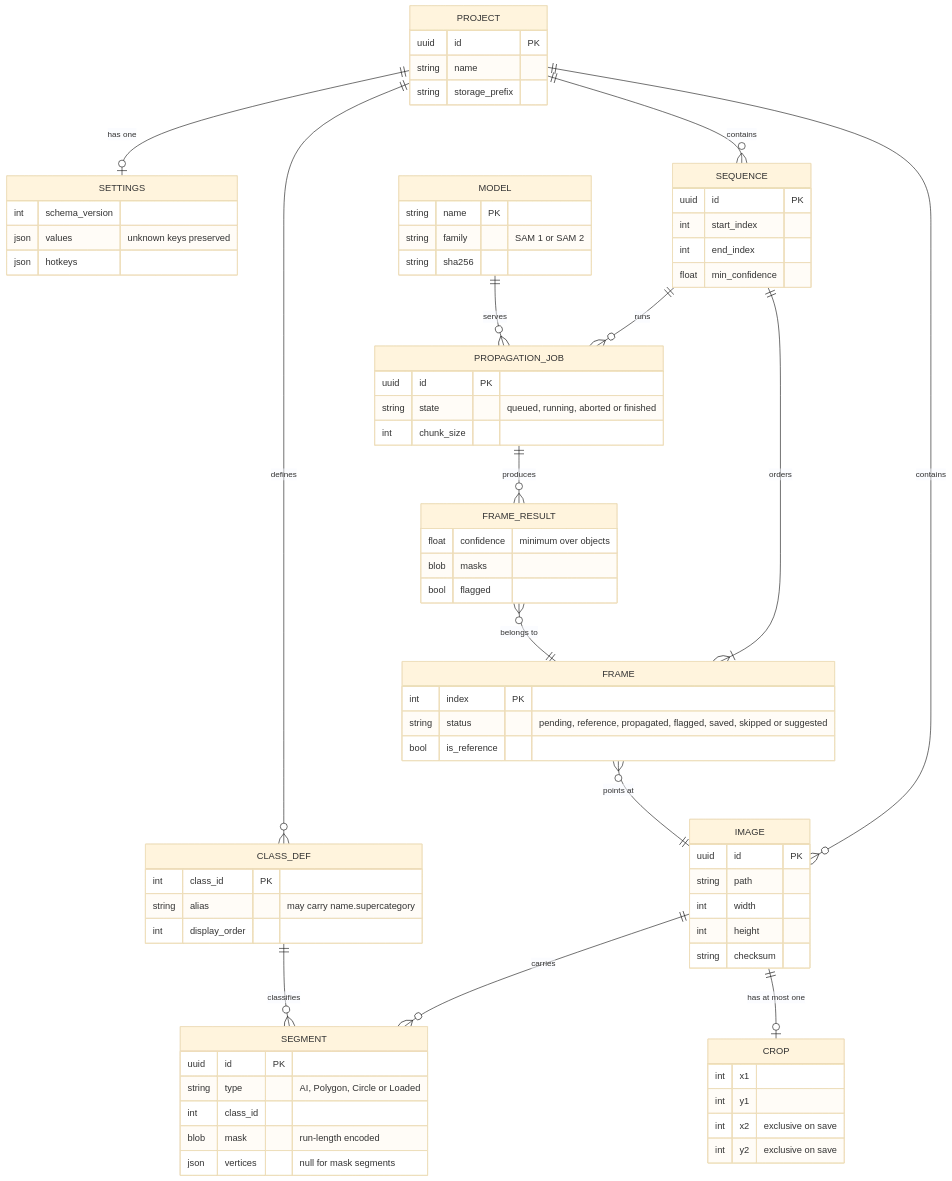
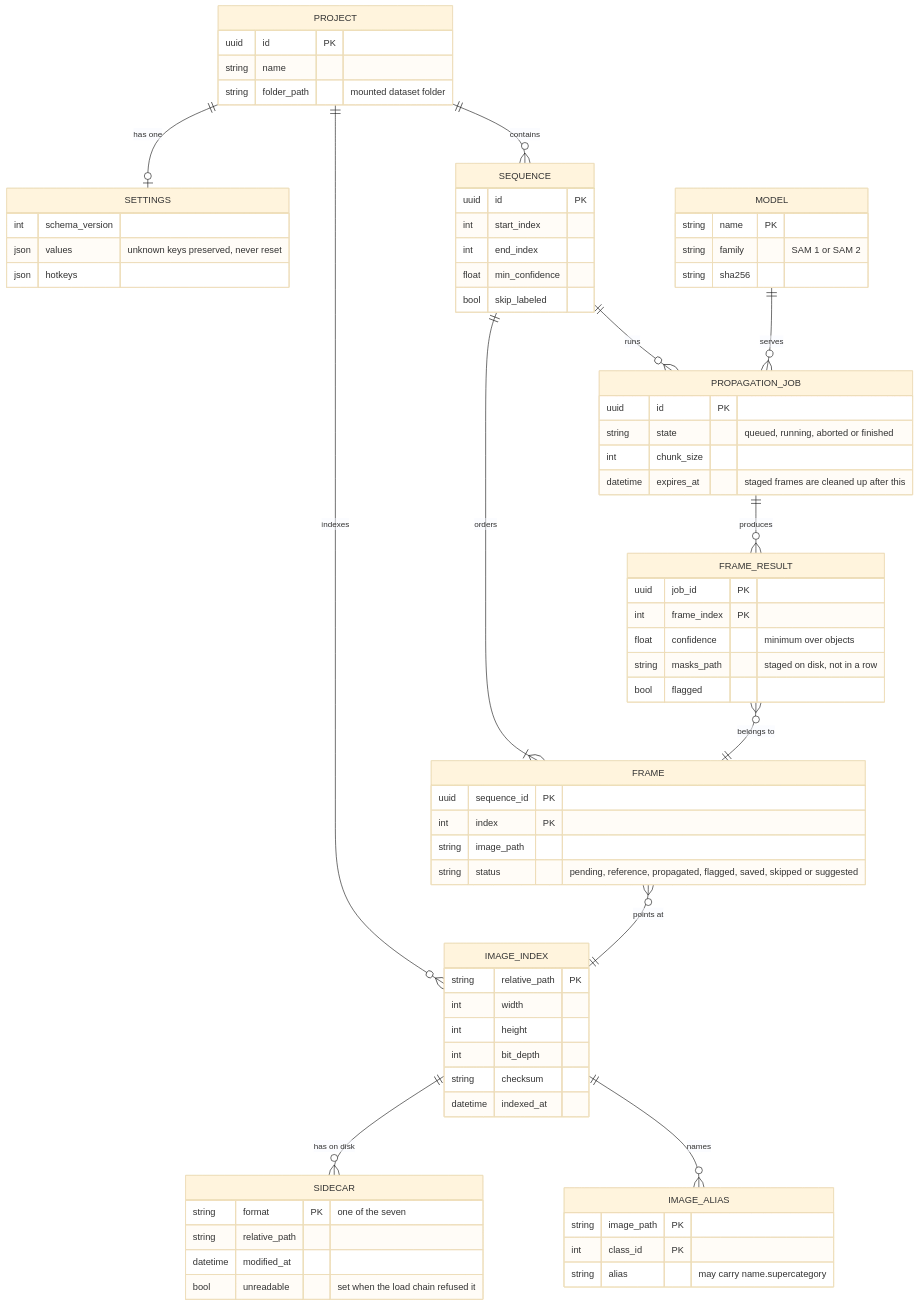
One commit to dnzckn/LazyLabel changed the diagram in analysis/lazylabel/AI_NATIVE_SPEC.md. Above: the diagram before and after it, drawn with Mermaid (base theme). The commit also changed other lines of this file and 9 other files, not shown here.

First line of the commit message:
docs(p2): rework the architecture after review, and simplify the storage

````diff
--- a/analysis/lazylabel/AI_NATIVE_SPEC.md
+++ b/analysis/lazylabel/AI_NATIVE_SPEC.md
@@ -49,78 +59,75 @@
 ```mermaid
 erDiagram
-    PROJECT ||--o{ IMAGE : contains
-    PROJECT ||--o{ CLASS_DEF : defines
+    PROJECT ||--o{ IMAGE_INDEX : indexes
     PROJECT ||--o| SETTINGS : "has one"
-    IMAGE ||--o{ SEGMENT : carries
-    IMAGE ||--o| CROP : "has at most one"
-    CLASS_DEF ||--o{ SEGMENT : classifies
+    PROJECT ||--o{ SEQUENCE : contains
+    IMAGE_INDEX ||--o{ SIDECAR : "has on disk"
+    IMAGE_INDEX ||--o{ IMAGE_ALIAS : names
     SEQUENCE ||--|{ FRAME : orders
-    PROJECT ||--o{ SEQUENCE : contains
-    FRAME }o--|| IMAGE : "points at"
+    FRAME }o--|| IMAGE_INDEX : "points at"
     SEQUENCE ||--o{ PROPAGATION_JOB : runs
     PROPAGATION_JOB ||--o{ FRAME_RESULT : produces
     FRAME_RESULT }o--|| FRAME : "belongs to"
     MODEL ||--o{ PROPAGATION_JOB : serves
 
     PROJECT {
         uuid id PK
         string name
-        string storage_prefix
+        string folder_path "mounted dataset folder"
     }
-    IMAGE {
-        uuid id PK
-        string path
+    IMAGE_INDEX {
+        string relative_path PK
         int width
         int height
+        int bit_depth
         string checksum
+        datetime indexed_at
     }
-    SEGMENT {
-        uuid id PK
-        string type "AI, Polygon, Circle or Loaded"
-        int class_id
-        blob mask "run-length encoded"
-        json vertices "null for mask segments"
+    SIDECAR {
+        string format PK "one of the seven"
+        string relative_path
+        datetime modified_at
+        bool unreadable "set when the load chain refused it"
     }
-    CLASS_DEF {
+    IMAGE_ALIAS {
+        string image_path PK
         int class_id PK
         string alias "may carry name.supercategory"
-        int display_order
-    }
-    CROP {
-        int x1
-        int y1
-        int x2 "exclusive on save"
-        int y2 "exclusive on save"
     }
     SETTINGS {
         int schema_version
-        json values "unknown keys preserved"
+        json values "unknown keys preserved, never reset"
         json hotkeys
     }
     SEQUENCE {
         uuid id PK
         int start_index
         int end_index
         float min_confidence
+        bool skip_labeled
     }
     FRAME {
+        uuid sequence_id PK
         int index PK
+        string image_path
         string status "pending, reference, propagated, flagged, saved, skipped or suggested"
-        bool is_reference
     }
     FRAME_RESULT {
+        uuid job_id PK
+        int frame_index PK
         float confidence "minimum over objects"
-        blob masks
+        string masks_path "staged on disk, not in a row"
         bool flagged
     }
     PROPAGATION_JOB {
         uuid id PK
         string state "queued, running, aborted or finished"
         int chunk_size
+        datetime expires_at "staged frames are cleaned up after this"
     }
     MODEL {
         string name PK
         string family "SAM 1 or SAM 2"
         string sha256
     }
 ```
````
